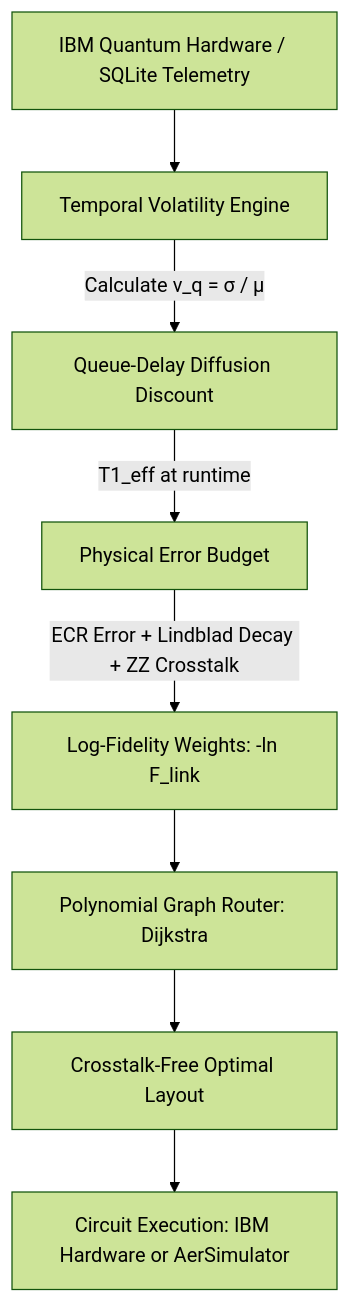
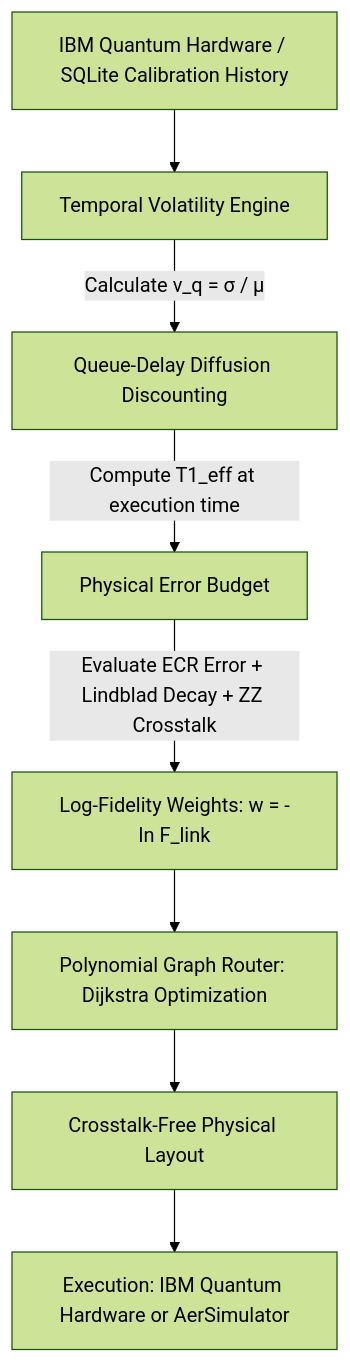
Before and after one commit to ashutosh-013/NeuroQ: the diagram in README.md, drawn with Mermaid (forest theme). The commit also changed other lines of this file, not shown here.

Commit message:
docs: Update README with comprehensive platform analysis, physical formulations, and database metrics

````diff
--- a/README.md
+++ b/README.md
@@ -35,10 +36,10 @@
 ```mermaid
 flowchart TD
-    A[IBM Quantum Hardware / SQLite Telemetry] --> B[Temporal Volatility Engine]
-    B -->|Calculate ν_q = σ / μ| C[Queue-Delay Diffusion Discount]
-    C -->|T1_eff at runtime| D[Physical Error Budget]
-    D -->|ECR Error + Lindblad Decay + ZZ Crosstalk| E[Log-Fidelity Weights: -ln F_link]
-    E --> F[Polynomial Graph Router: Dijkstra]
-    F --> G[Crosstalk-Free Optimal Layout]
-    G --> H[Circuit Execution: IBM Hardware or AerSimulator]
+    A[IBM Quantum Hardware / SQLite Calibration History] --> B[Temporal Volatility Engine]
+    B -->|Calculate ν_q = σ / μ| C[Queue-Delay Diffusion Discounting]
+    C -->|Compute T1_eff at execution time| D[Physical Error Budget]
+    D -->|Evaluate ECR Error + Lindblad Decay + ZZ Crosstalk| E[Log-Fidelity Weights: w = -ln F_link]
+    E --> F[Polynomial Graph Router: Dijkstra Optimization]
+    F --> G[Crosstalk-Free Physical Layout]
+    G --> H[Execution: IBM Quantum Hardware or AerSimulator]
 ```
````
